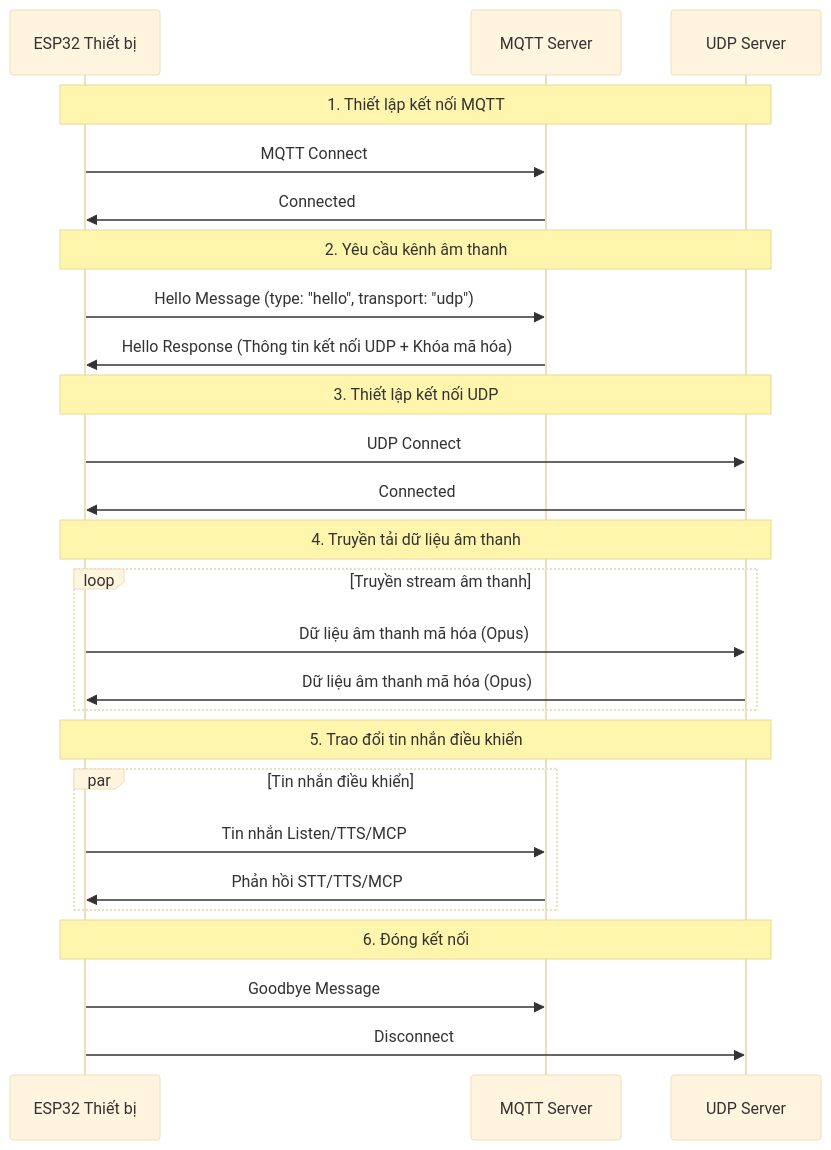
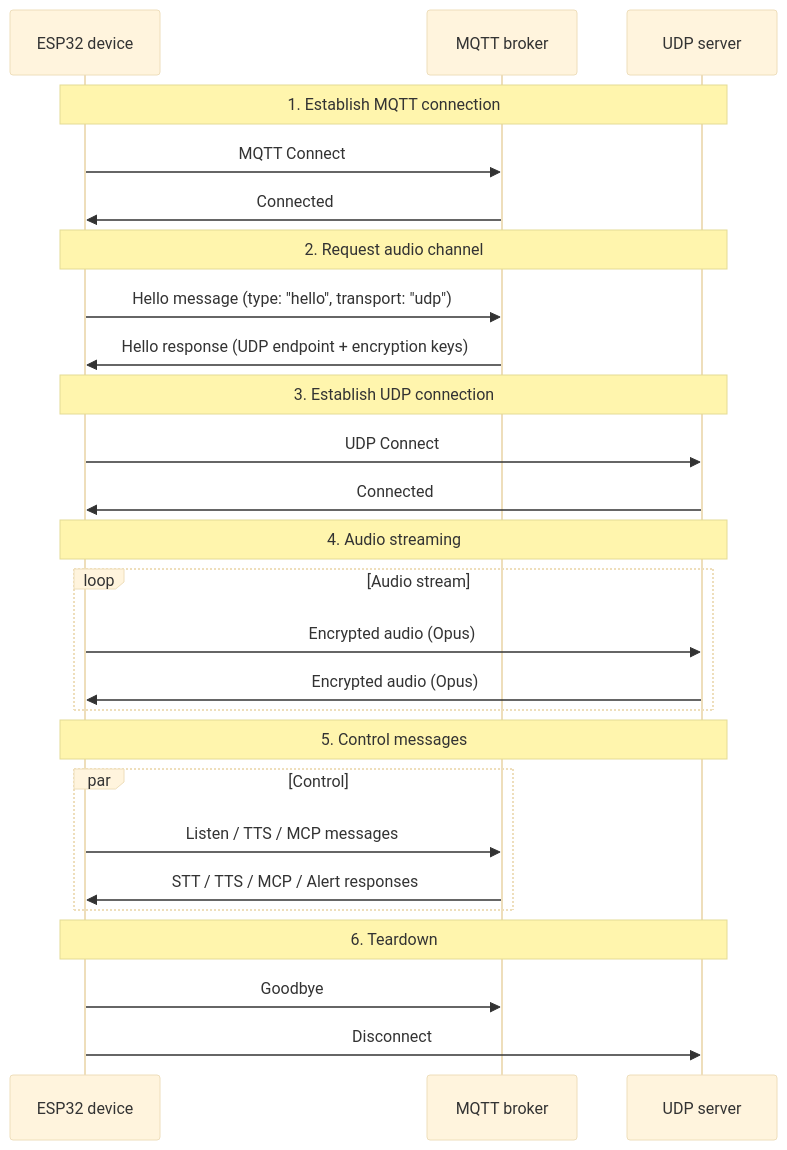
One commit to phanmemkhoinghiep/vietbot_client changed the first of 2 diagrams in esp32/docs/mqtt-udp.md. Above: the diagram before and after it, drawn with Mermaid (base theme). The commit also changed other lines of this file and 769 other files, not shown here.

````diff
--- a/esp32/docs/mqtt-udp.md
+++ b/esp32/docs/mqtt-udp.md
@@ -26,34 +25,34 @@
 ```mermaid
 sequenceDiagram
-    participant Device as ESP32 Thiết bị
-    participant MQTT as MQTT Server
-    participant UDP as UDP Server
+    participant Device as ESP32 device
+    participant MQTT as MQTT broker
+    participant UDP as UDP server
 
-    Note over Device, UDP: 1. Thiết lập kết nối MQTT
+    Note over Device, UDP: 1. Establish MQTT connection
     Device->>MQTT: MQTT Connect
     MQTT->>Device: Connected
 
-    Note over Device, UDP: 2. Yêu cầu kênh âm thanh
-    Device->>MQTT: Hello Message (type: "hello", transport: "udp")
-    MQTT->>Device: Hello Response (Thông tin kết nối UDP + Khóa mã hóa)
+    Note over Device, UDP: 2. Request audio channel
+    Device->>MQTT: Hello message (type: "hello", transport: "udp")
+    MQTT->>Device: Hello response (UDP endpoint + encryption keys)
 
-    Note over Device, UDP: 3. Thiết lập kết nối UDP
+    Note over Device, UDP: 3. Establish UDP connection
     Device->>UDP: UDP Connect
     UDP->>Device: Connected
 
-    Note over Device, UDP: 4. Truyền tải dữ liệu âm thanh
-    loop Truyền stream âm thanh
-        Device->>UDP: Dữ liệu âm thanh mã hóa (Opus)
-        UDP->>Device: Dữ liệu âm thanh mã hóa (Opus)
+    Note over Device, UDP: 4. Audio streaming
+    loop Audio stream
+        Device->>UDP: Encrypted audio (Opus)
+        UDP->>Device: Encrypted audio (Opus)
     end
 
-    Note over Device, UDP: 5. Trao đổi tin nhắn điều khiển
-    par Tin nhắn điều khiển
-        Device->>MQTT: Tin nhắn Listen/TTS/MCP
-        MQTT->>Device: Phản hồi STT/TTS/MCP
+    Note over Device, UDP: 5. Control messages
+    par Control
+        Device->>MQTT: Listen / TTS / MCP messages
+        MQTT->>Device: STT / TTS / MCP / Alert responses
     end
 
-    Note over Device, UDP: 6. Đóng kết nối
-    Device->>MQTT: Goodbye Message
+    Note over Device, UDP: 6. Teardown
+    Device->>MQTT: Goodbye
     Device->>UDP: Disconnect
 ```
````
